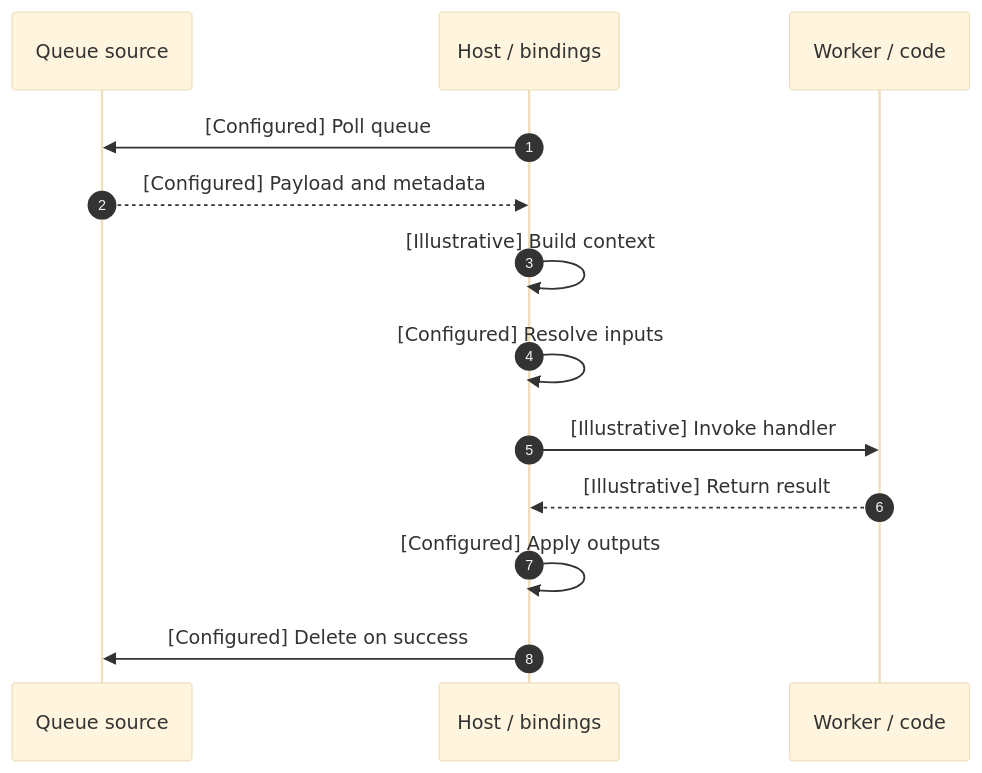
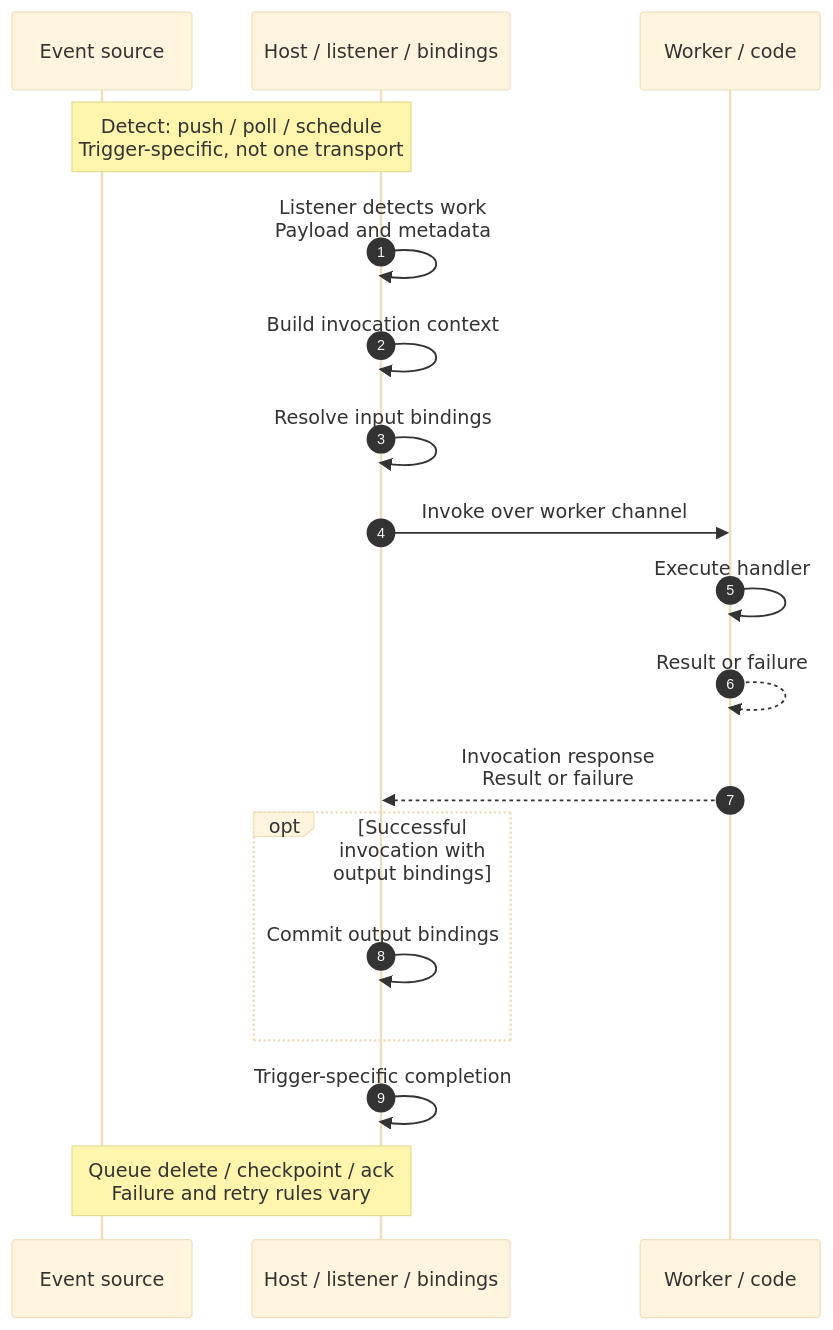
Before and after one commit to yeongseon/azure-functions-practical-guide: the fourth of 8 diagrams in docs/platform/architecture/index.md, drawn with Mermaid (base theme). The commit also changed other lines of this file, not shown here.

First line of the commit message:
docs(diagrams): restore general architecture and invocation scope

````diff
--- a/docs/platform/architecture/index.md
+++ b/docs/platform/architecture/index.md
@@ -300,17 +326,22 @@
 ```mermaid
 sequenceDiagram
     accTitle: How do the host and worker complete an invocation?
-    accDescr: Illustrative successful queue invocation with a host-owned listener and bindings and a separate worker executing function code. Messages show logical order, not RPC envelopes or universal trigger acknowledgement rules.
+    accDescr: Generic logical invocation with host-owned listener and bindings, and a worker executing code. Detection differs for push, polling and schedules. Result or failure returns to the host; successful output commits and trigger-specific completion are conditional, not universal queue deletion.
     autonumber
-    participant client as Queue source
-    participant app_runtime as Host / bindings
+    participant client as Event source
+    participant app_runtime as Host / listener / bindings
     participant language_worker as Worker / code
-    app_runtime->>client: [Configured] Poll queue
-    client-->>app_runtime: [Configured] Payload and metadata
-    app_runtime->>app_runtime: [Illustrative] Build context
-    app_runtime->>app_runtime: [Configured] Resolve inputs
-    app_runtime->>language_worker: [Illustrative] Invoke handler
-    language_worker-->>app_runtime: [Illustrative] Return result
-    app_runtime->>app_runtime: [Configured] Apply outputs
-    app_runtime->>client: [Configured] Delete on success
+    Note over client,app_runtime: Detect: push / poll / schedule<br/>Trigger-specific, not one transport
+    app_runtime->>app_runtime: Listener detects work<br/>Payload and metadata
+    app_runtime->>app_runtime: Build invocation context
+    app_runtime->>app_runtime: Resolve input bindings
+    app_runtime->>language_worker: Invoke over worker channel
+    language_worker->>language_worker: Execute handler
+    language_worker-->>language_worker: Result or failure
+    language_worker-->>app_runtime: Invocation response<br/>Result or failure
+    opt Successful invocation with output bindings
+        app_runtime->>app_runtime: Commit output bindings
+    end
+    app_runtime->>app_runtime: Trigger-specific completion
+    Note over client,app_runtime: Queue delete / checkpoint / ack<br/>Failure and retry rules vary
 ```
````
